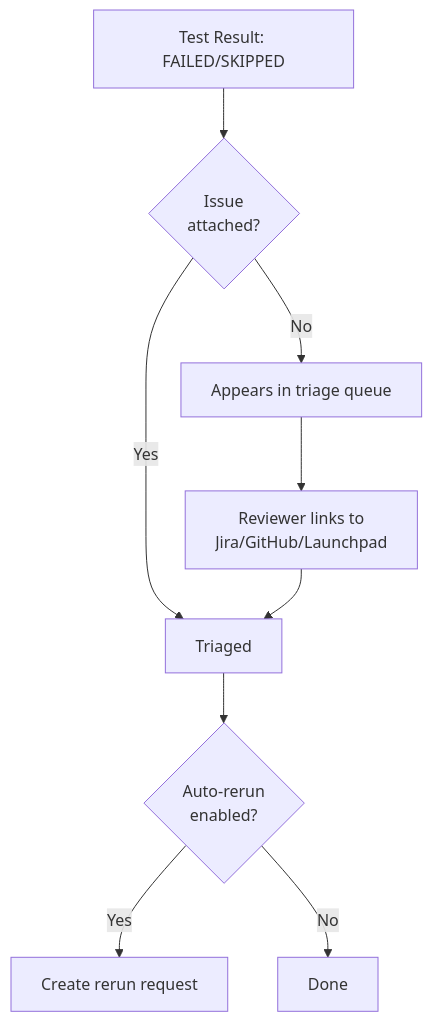
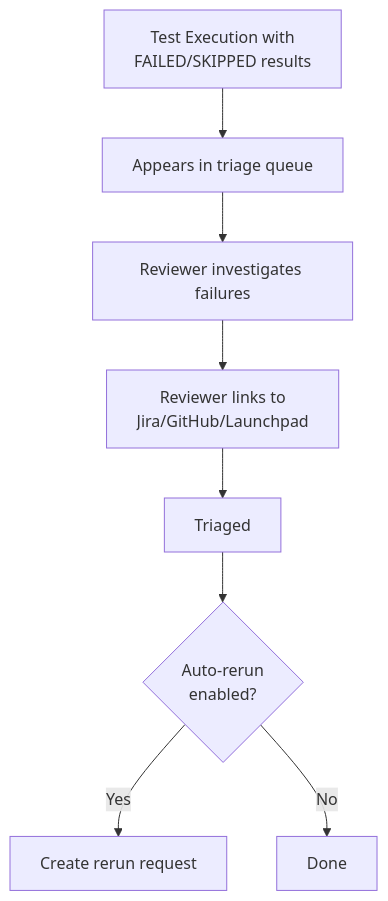
One commit to canonical/test_observer changed the third of 3 diagrams in docs/explanation/test-execution-lifecycle.rst. Above: the diagram before and after it, drawn with Mermaid. The commit also changed other lines of this file, not shown here.

Commit message:
fix: clarify issue linking in triaging process

```diff
--- a/docs/explanation/test-execution-lifecycle.rst
+++ b/docs/explanation/test-execution-lifecycle.rst
@@ -94,15 +94,13 @@
 .. mermaid::
 
    flowchart TD
-      Failed[Test Result: FAILED/SKIPPED]
-
-      Failed --> Attached{Issue<br/>attached?}
-      Attached -->|Yes| Triaged[Triaged]
-      Attached -->|No| Queue[Appears in triage queue]
-
-      Queue --> Link[Reviewer links to<br/>Jira/GitHub/Launchpad]
+      Execution[Test Execution with<br/>FAILED/SKIPPED results]
+      
+      Execution --> Queue[Appears in triage queue]
+      Queue --> Review[Reviewer investigates failures]
+      Review --> Link[Reviewer links to<br/>Jira/GitHub/Launchpad]
       Link --> Triaged
 
       Triaged --> Auto{Auto-rerun<br/>enabled?}
       Auto -->|Yes| Rerun[Create rerun request]
       Auto -->|No| Done[Done]
```
